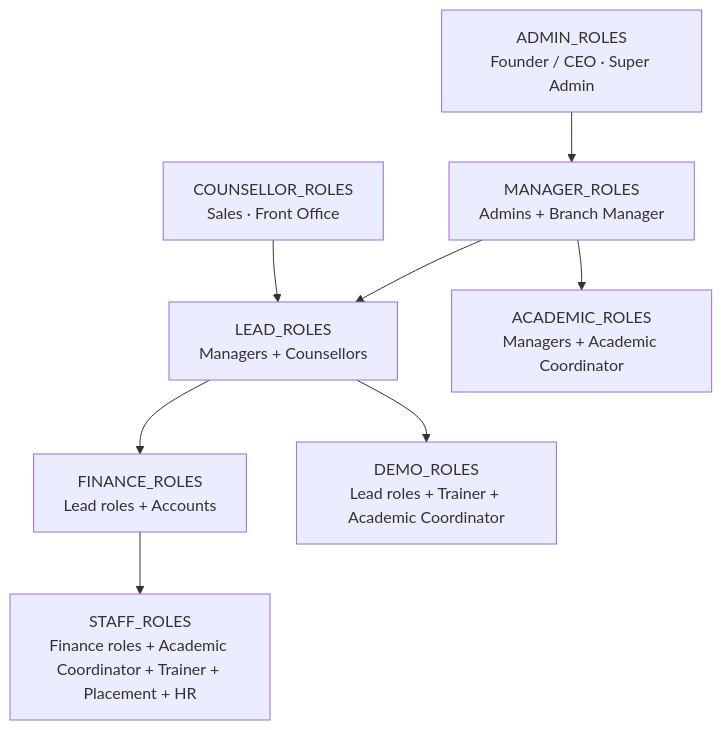
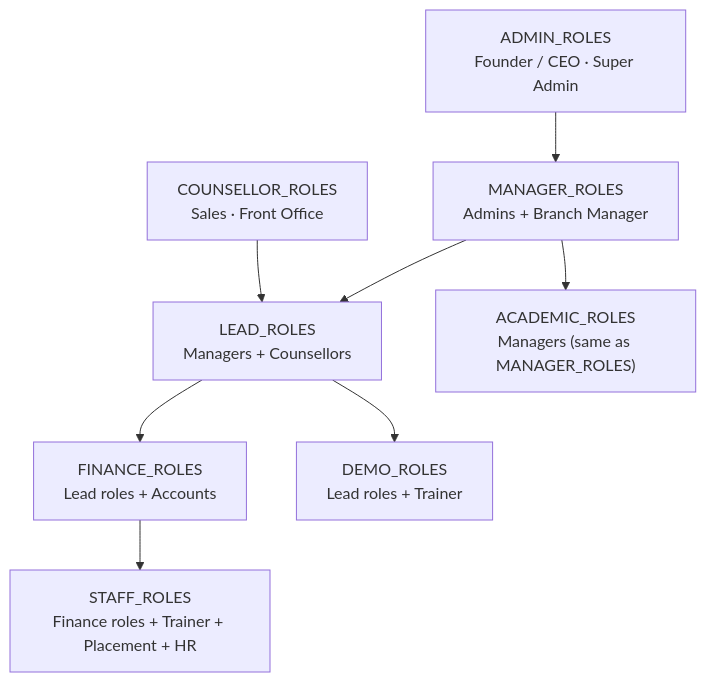
The first of 18 diagrams in docs/PRODUCT_GUIDE.md (misterpk-18/nipunacrm), drawn with Mermaid before and after one commit. The commit also changed other lines of this file and 339 other files, not shown here.

````diff
--- a/docs/PRODUCT_GUIDE.md
+++ b/docs/PRODUCT_GUIDE.md
@@ -325,19 +399,19 @@
 ```mermaid
 flowchart TB
     ADMIN["ADMIN_ROLES<br/>Founder / CEO · Super Admin"]
     MANAGER["MANAGER_ROLES<br/>Admins + Branch Manager"]
     COUNS["COUNSELLOR_ROLES<br/>Sales · Front Office"]
     LEAD["LEAD_ROLES<br/>Managers + Counsellors"]
     FIN["FINANCE_ROLES<br/>Lead roles + Accounts"]
-    ACAD["ACADEMIC_ROLES<br/>Managers + Academic Coordinator"]
-    DEMO["DEMO_ROLES<br/>Lead roles + Trainer + Academic Coordinator"]
-    STAFF["STAFF_ROLES<br/>Finance roles + Academic Coordinator + Trainer + Placement + HR"]
+    ACAD["ACADEMIC_ROLES<br/>Managers (same as MANAGER_ROLES)"]
+    DEMO["DEMO_ROLES<br/>Lead roles + Trainer"]
+    STAFF["STAFF_ROLES<br/>Finance roles + Trainer + Placement + HR"]
 
     ADMIN --> MANAGER
     MANAGER --> LEAD
     COUNS --> LEAD
     LEAD --> FIN
     LEAD --> DEMO
     MANAGER --> ACAD
     FIN --> STAFF
 ```
````
